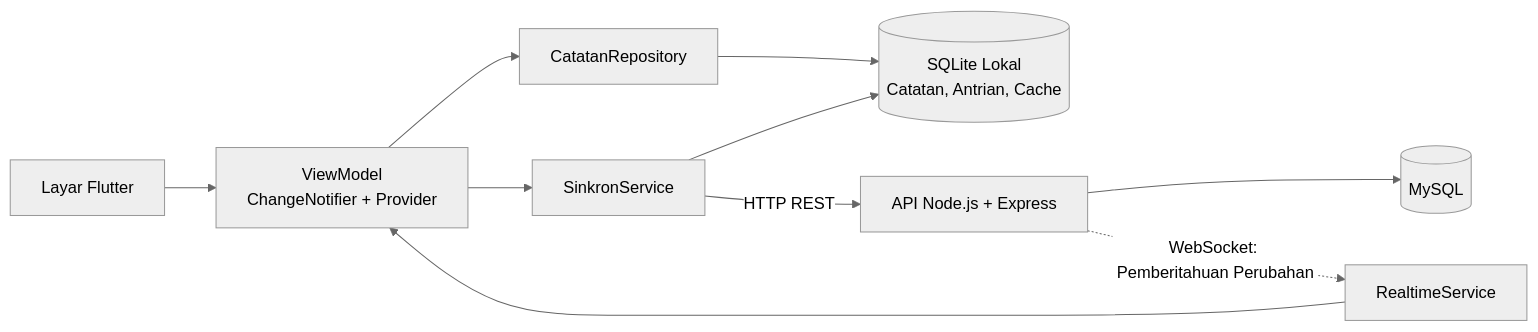
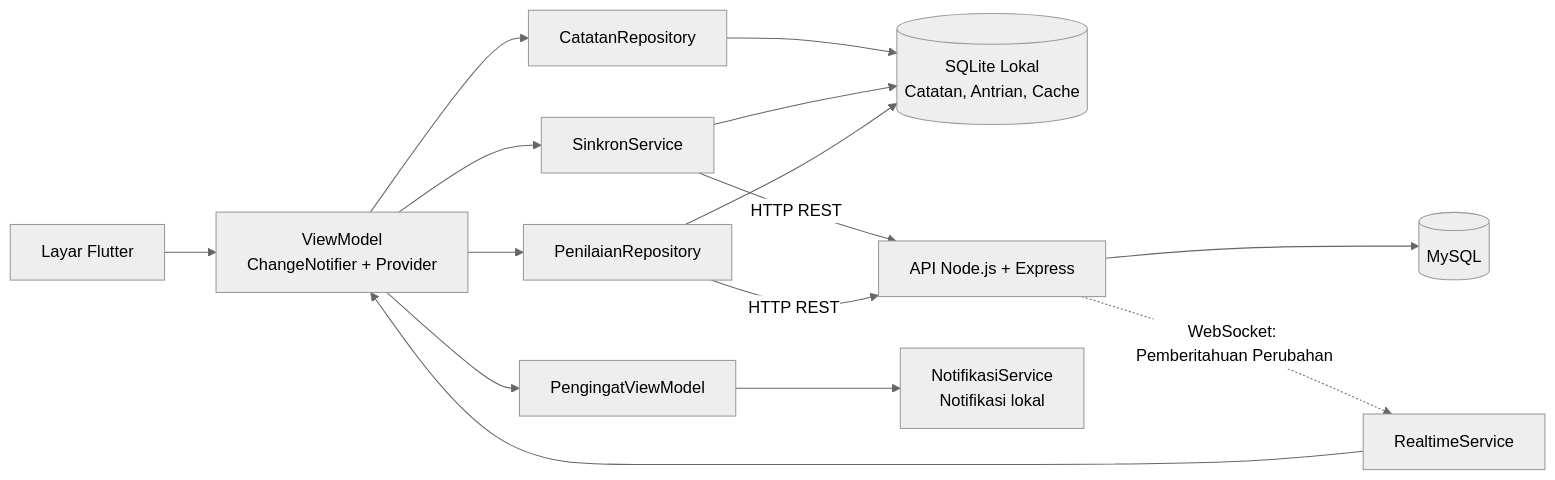
The first of 2 diagrams in README.md (2411009-yuda/studylog-v2), drawn with Mermaid (neutral theme) before and after one commit. The commit also changed other lines of this file and 48 other files, not shown here.

````diff
--- a/README.md
+++ b/README.md
@@ -165,16 +226,23 @@
 ```mermaid
 flowchart LR
     UI["Layar Flutter"] --> VM["ViewModel<br/>ChangeNotifier + Provider"]
 
     VM --> Repo["CatatanRepository"]
     Repo --> SQLite[("SQLite Lokal<br/>Catatan, Antrian, Cache")]
 
     VM --> Sync["SinkronService"]
     Sync --> SQLite
     Sync -->|HTTP REST| API["API Node.js + Express"]
 
+    VM --> Nilai["PenilaianRepository"]
+    Nilai --> SQLite
+    Nilai -->|HTTP REST| API
+
+    VM --> Ingat["PengingatViewModel"]
+    Ingat --> Notif["NotifikasiService<br/>Notifikasi lokal"]
+
     API --> MySQL[("MySQL")]
 
     API -.->|WebSocket: Pemberitahuan Perubahan| RT["RealtimeService"]
     RT --> VM
 ```
````
